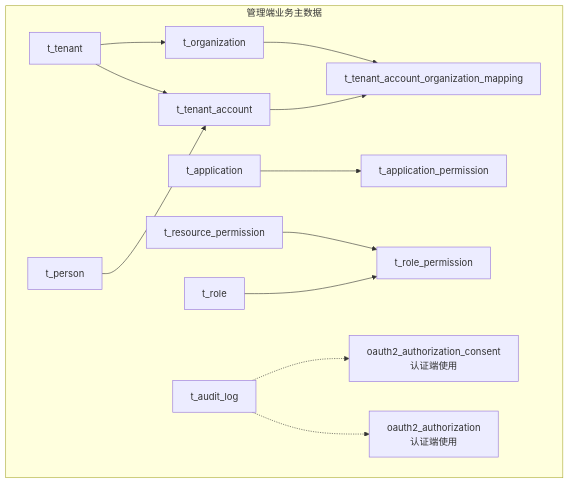
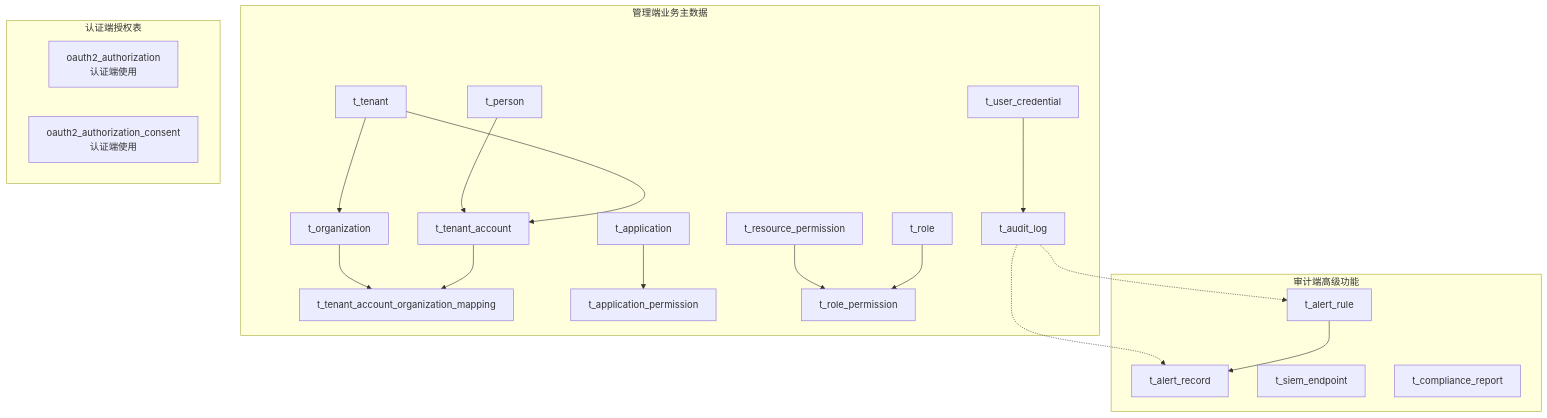
Before and after one commit to fq0121104930716/iam-platform: the second of 10 diagrams in .qoder/repowiki/zh/content/数据库设计/数据库架构/数据库架构.md, drawn with Mermaid. The commit also changed other lines of this file and 46 other files, not shown here.

````diff
--- a/.qoder/repowiki/zh/content/数据库设计/数据库架构/数据库架构.md
+++ b/.qoder/repowiki/zh/content/数据库设计/数据库架构/数据库架构.md
@@ -96,28 +133,39 @@
 ```mermaid
 graph TB
 subgraph "管理端业务主数据"
 T1["t_tenant"]
 T2["t_person"]
 T3["t_tenant_account"]
 T4["t_organization"]
 T5["t_tenant_account_organization_mapping"]
 T6["t_application"]
 T7["t_application_permission"]
 T8["t_resource_permission"]
 T9["t_role"]
 T10["t_role_permission"]
 T11["t_audit_log"]
-T12["oauth2_authorization<br/>认证端使用"]
-T13["oauth2_authorization_consent<br/>认证端使用"]
+T12["t_user_credential"]
+end
+subgraph "审计端高级功能"
+T13["t_alert_rule"]
+T14["t_alert_record"]
+T15["t_siem_endpoint"]
+T16["t_compliance_report"]
+end
+subgraph "认证端授权表"
+T17["oauth2_authorization<br/>认证端使用"]
+T18["oauth2_authorization_consent<br/>认证端使用"]
 end
 T2 --> T3
 T1 --> T3
 T1 --> T4
 T4 --> T5
 T3 --> T5
 T6 --> T7
 T8 --> T10
 T9 --> T10
-T11 -.-> T12
 T11 -.-> T13
+T11 -.-> T14
+T12 --> T11
+T13 --> T14
 ```
````
